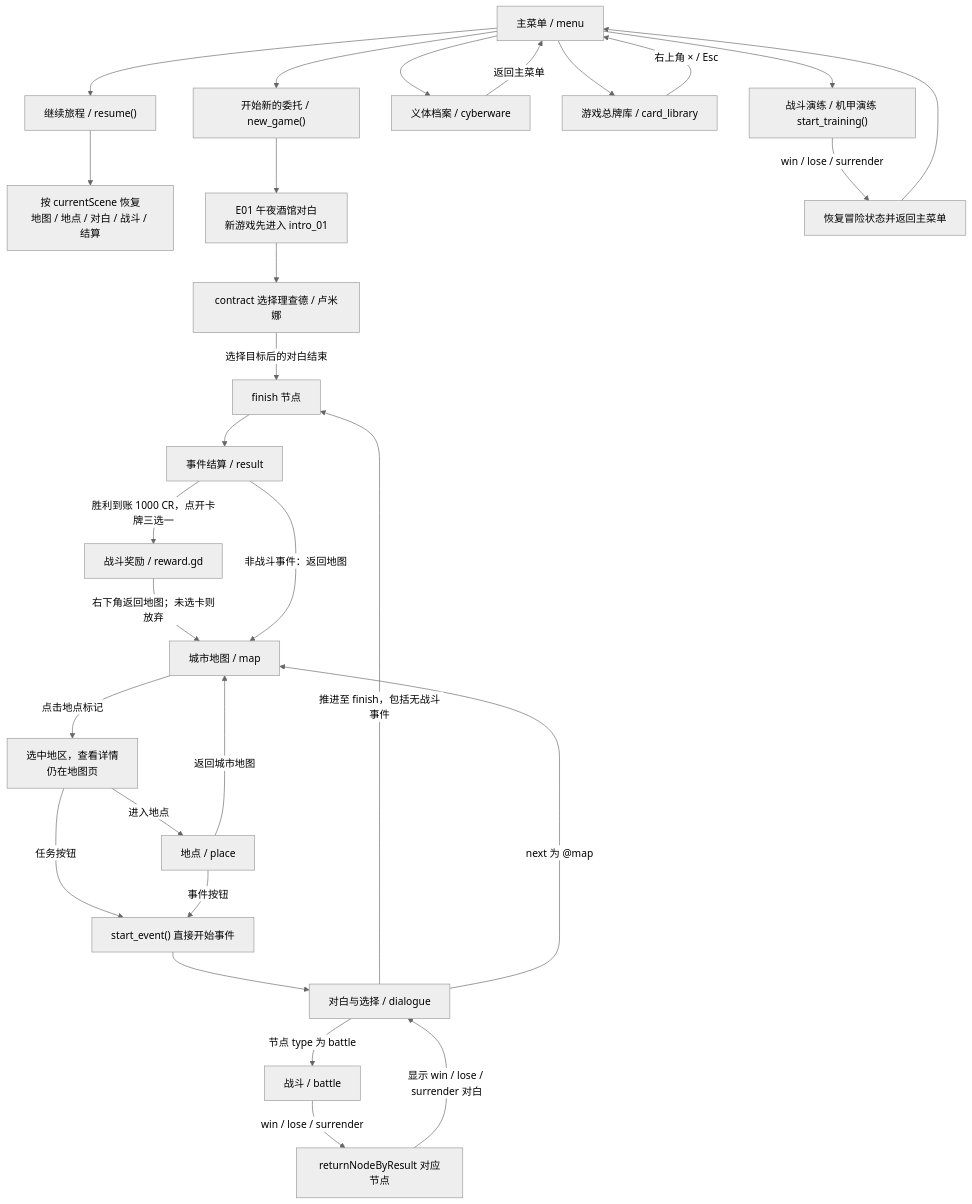
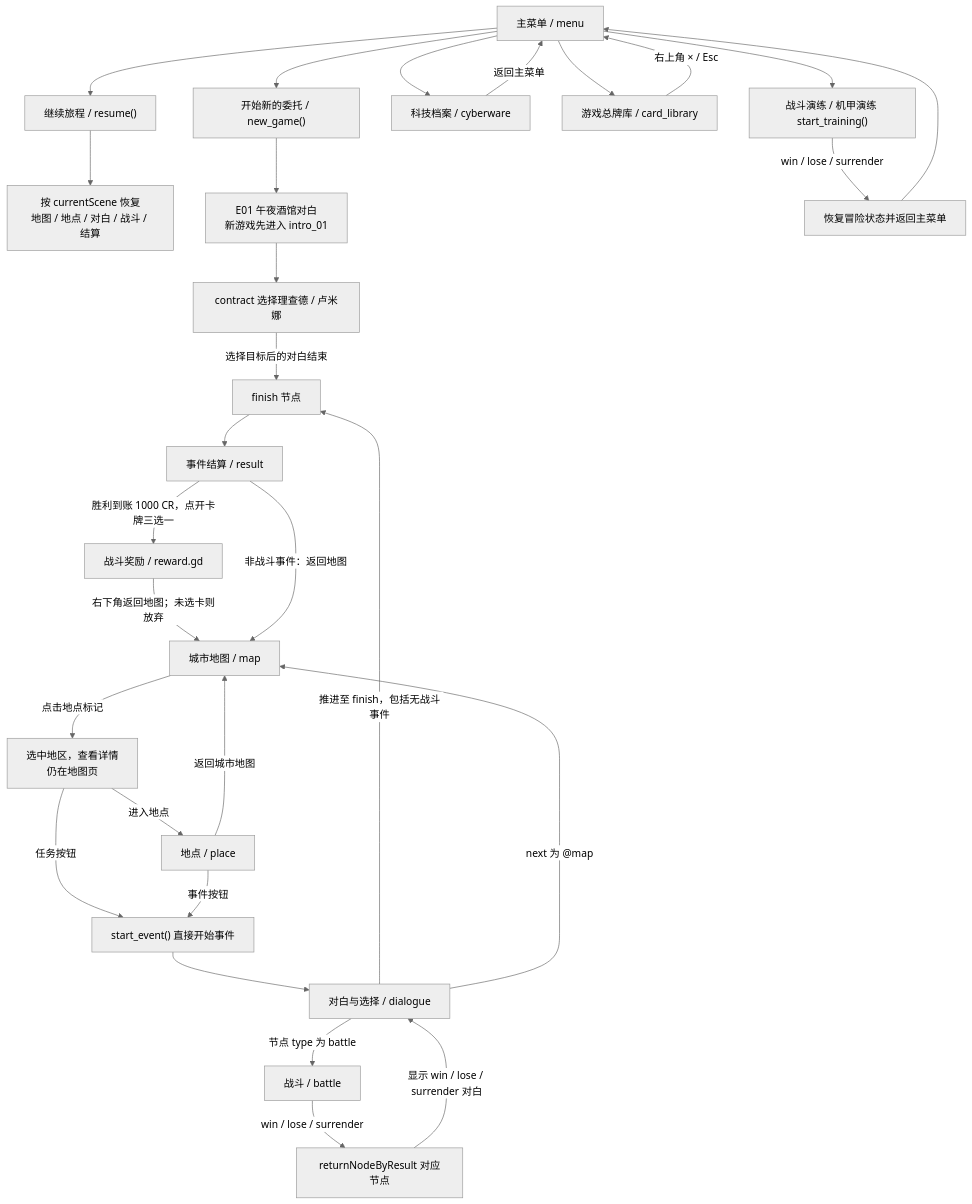
Before and after one commit to iris-homework/game-demo: the diagram in docs/游戏流程与路由.md, drawn with Mermaid (neutral theme). The commit also changed other lines of this file and 26 other files, not shown here.

````diff
--- a/docs/游戏流程与路由.md
+++ b/docs/游戏流程与路由.md
@@ -33,50 +33,50 @@
 ```mermaid
 flowchart TD
     menu["主菜单 / menu"]
     newgame["开始新的委托 / new_game()"]
     resume["继续旅程 / resume()"]
     restore["按 currentScene 恢复<br/>地图 / 地点 / 对白 / 战斗 / 结算"]
     e01["E01 午夜酒馆对白<br/>新游戏先进入 intro_01"]
     contract["contract 选择理查德 / 卢米娜"]
     map["城市地图 / map"]
     detail["选中地区，查看详情<br/>仍在地图页"]
     place["地点 / place"]
     startEvent["start_event() 直接开始事件"]
     dialogue["对白与选择 / dialogue"]
     battle["战斗 / battle"]
     finishNode["finish 节点"]
     result["事件结算 / result"]
-    cyberware["义体档案 / cyberware"]
+    cyberware["科技档案 / cyberware"]
     library["游戏总牌库 / card_library"]
     training["战斗演练 / 机甲演练 start_training()"]
     trainEnd["恢复冒险状态并返回主菜单"]
 
     menu --> newgame
     menu --> resume
     menu --> cyberware
     menu --> library
     library -->|"右上角 × / Esc"| menu
     menu --> training
     newgame --> e01
     resume --> restore
     e01 --> contract
     contract -->|"选择目标后的对白结束"| finishNode
     map -->|"点击地点标记"| detail
     detail -->|"进入地点"| place
     detail -->|"任务按钮"| startEvent
     place -->|"事件按钮"| startEvent
     place -->|"返回城市地图"| map
     startEvent --> dialogue
     dialogue -->|"节点 type 为 battle"| battle
     dialogue -->|"推进至 finish，包括无战斗事件"| finishNode
     dialogue -->|"next 为 @map"| map
     battle -->|"win / lose / surrender"| ret["returnNodeByResult 对应节点"]
     ret -->|"显示 win / lose / surrender 对白"| dialogue
     finishNode --> result
     result -->|"胜利到账 1000 CR，点开卡牌三选一"| choice["战斗奖励 / reward.gd"]
     choice -->|"右下角返回地图；未选卡则放弃"| map
     result -->|"非战斗事件：返回地图"| map
     training -->|"win / lose / surrender"| trainEnd
     trainEnd --> menu
     cyberware -->|"返回主菜单"| menu
 ```
````
